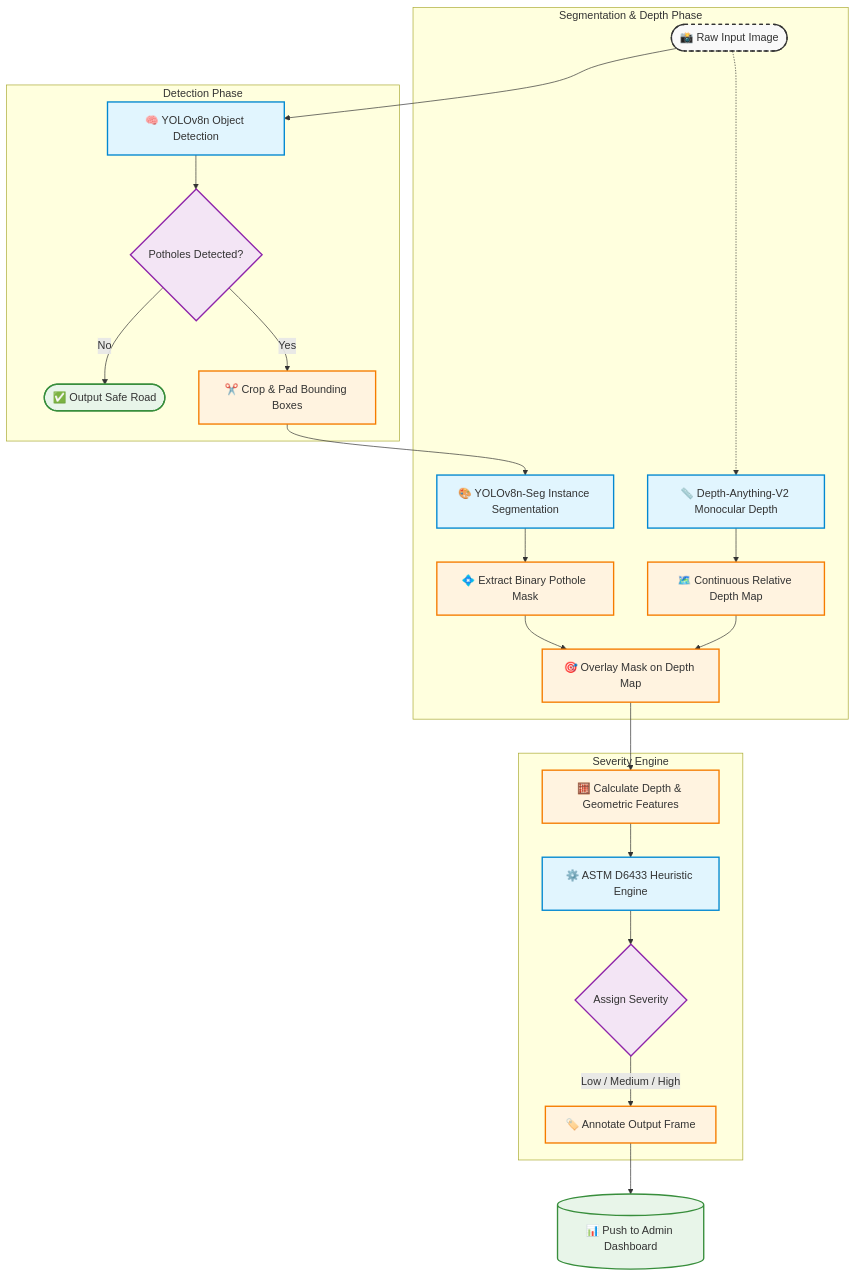
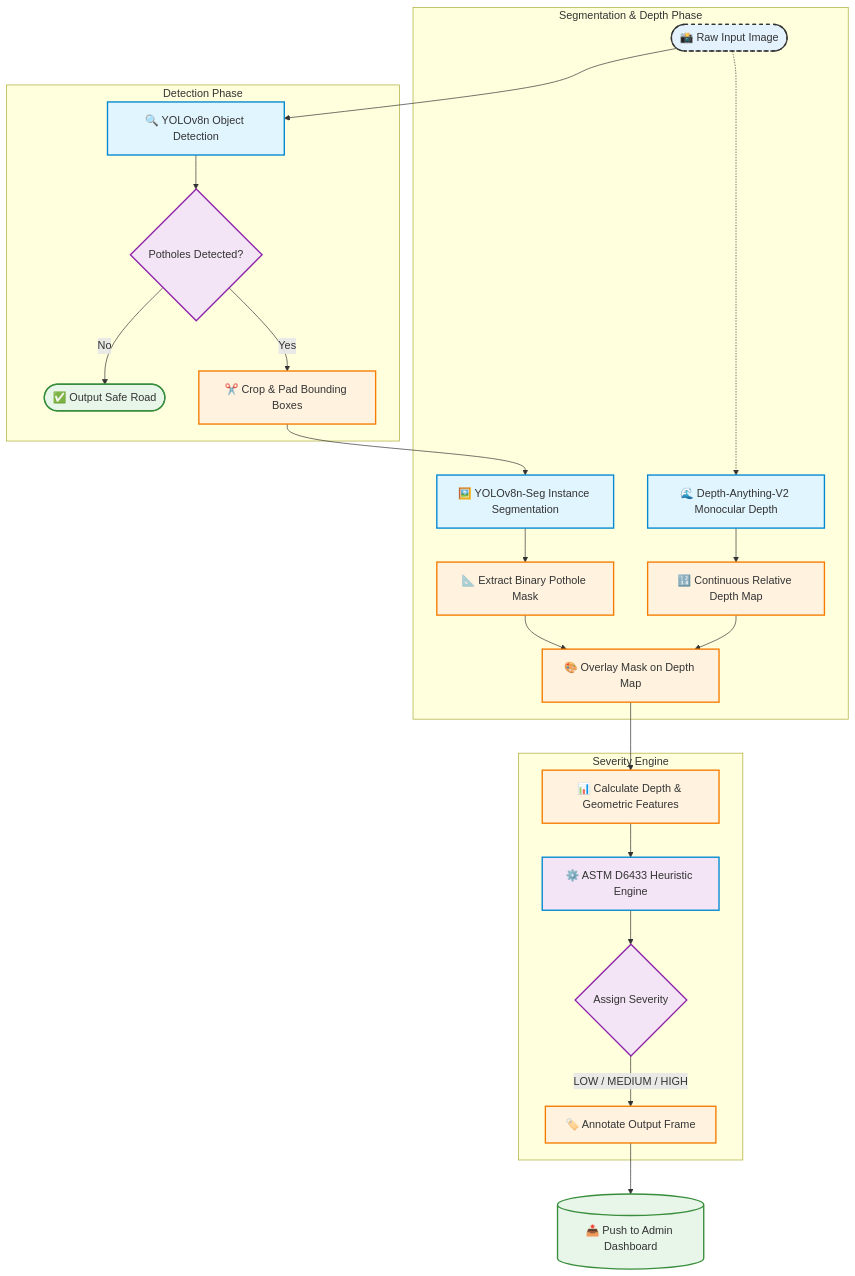
Before and after one commit to mohanreddythippireddy14-cell/Pothole_detection: the diagram in README.md, drawn with Mermaid. The commit also changed other lines of this file and 3 other files, not shown here.

````diff
--- a/README.md
+++ b/README.md
@@ -21,39 +36,42 @@
 ```mermaid
 flowchart TD
     %% Styling
     classDef input fill:#f9f9f9,stroke:#333,stroke-width:2px,stroke-dasharray: 5 5;
     classDef model fill:#e1f5fe,stroke:#0288d1,stroke-width:2px;
     classDef process fill:#fff3e0,stroke:#f57c00,stroke-width:2px;
     classDef output fill:#e8f5e9,stroke:#388e3c,stroke-width:2px;
     classDef decision fill:#f3e5f5,stroke:#8e24aa,stroke-width:2px;
 
     %% Nodes
-    A([📸 Raw Input Image]):::input --> B[🧠 YOLOv8n Object Detection]:::model
-    
+    A([📸 Raw Input Image]):::input --> B[🔍 YOLOv8n Object Detection]:::model
+
     subgraph Detection Phase
         B --> C{Potholes Detected?}:::decision
         C -- No --> D([✅ Output Safe Road]):::output
         C -- Yes --> E[✂️ Crop & Pad Bounding Boxes]:::process
     end
-    
+
     subgraph Segmentation & Depth Phase
-        E --> F[🎨 YOLOv8n-Seg Instance Segmentation]:::model
-        F --> G[💠 Extract Binary Pothole Mask]:::process
-        
-        A -.-> H[📏 Depth-Anything-V2 Monocular Depth]:::model
-        H --> I[🗺️ Continuous Relative Depth Map]:::process
-        
-        G --> J[🎯 Overlay Mask on Depth Map]:::process
+        E --> F[🖼️ YOLOv8n-Seg Instance Segmentation]:::model
+        F --> G[📐 Extract Binary Pothole Mask]:::process
+
+        A -.-> H[🌊 Depth-Anything-V2 Monocular Depth]:::model
+        H --> I[🔢 Continuous Relative Depth Map]:::process
+
+        G --> J[🎨 Overlay Mask on Depth Map]:::process
         I --> J
     end
-    
+
     subgraph Severity Engine
-        J --> K[🧮 Calculate Depth & Geometric Features]:::process
+        J --> K[📊 Calculate Depth & Geometric Features]:::process
         K --> L[⚙️ ASTM D6433 Heuristic Engine]:::model
         L --> M{Assign Severity}:::decision
-        M -->|Low / Medium / High| N[🏷️ Annotate Output Frame]:::process
+        M -->|LOW / MEDIUM / HIGH| N[🏷️ Annotate Output Frame]:::process
     end
-    
-    N --> O[(📊 Push to Admin Dashboard)]:::output
 
+    N --> O[(📤 Push to Admin Dashboard)]:::output
+
+    %% Legend
+    style A fill:#e3f2fd
+    style L fill:#f3e5f5
 ```
````
